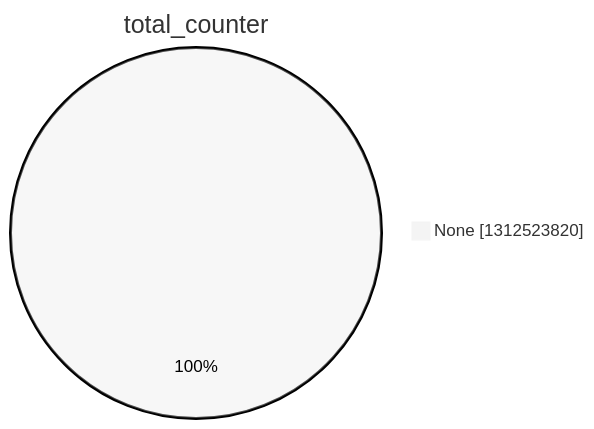
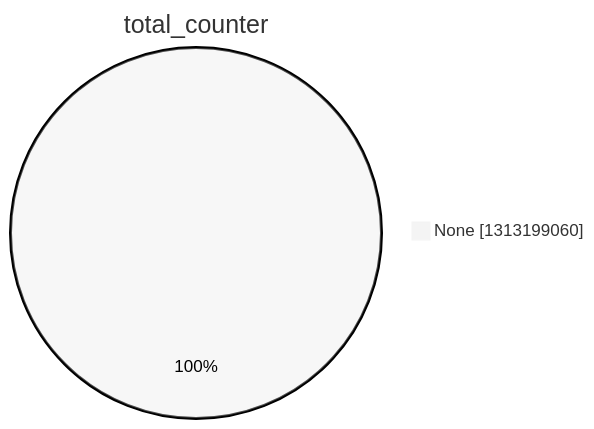
Before and after one commit to christiankrug/ctmonitor_visualization: the second of 15 diagrams in argon2022/README.md, drawn with Mermaid (neutral theme). The commit also changed other lines of this file, not shown here.

````diff
--- a/argon2022/README.md
+++ b/argon2022/README.md
@@ -9,5 +9,5 @@
 ```mermaid
 pie showData
 title total_counter
-"None" :1312523820
+"None" :1313199060
 ```
````
